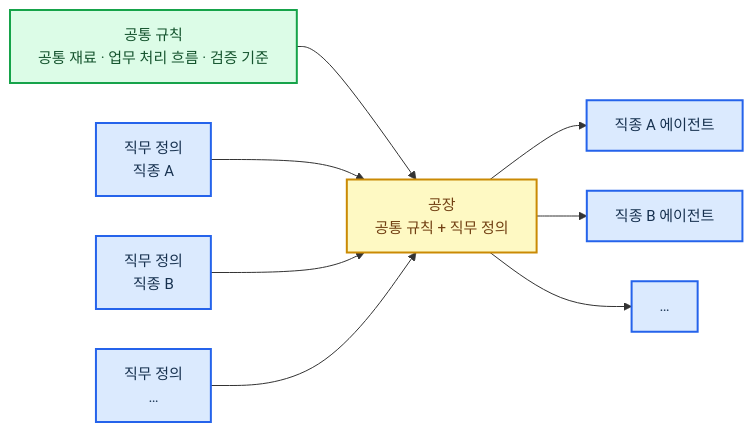
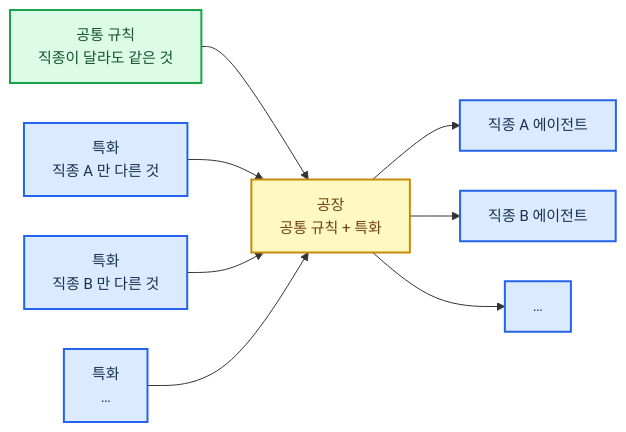
One commit to harisbaguette/expert changed the first of 2 diagrams in 진행-계획.md. Above: the diagram before and after it, drawn with Mermaid. The commit also changed other lines of this file, not shown here.

````diff
--- a/진행-계획.md
+++ b/진행-계획.md
@@ -35,22 +32,22 @@
 ```mermaid
 %%{init: {"flowchart": {"wrappingWidth": 640, "curve": "basis", "nodeSpacing": 40, "rankSpacing": 50, "padding": 14, "useMaxWidth": true}, "themeVariables": {"fontSize": "15px"}} }%%
 flowchart LR
-    R["공통 규칙<br/>공통 재료 · 업무 처리 흐름 · 검증 기준"]:::done
-    J1["직무 정의<br/>직종 A"]:::todo
-    J2["직무 정의<br/>직종 B"]:::todo
-    J3["직무 정의<br/>…"]:::todo
-    F["공장<br/>공통 규칙 + 직무 정의"]:::half
+    R["공통 규칙<br/>직종이 달라도 같은 것"]:::done
+    J1["특화<br/>직종 A 만 다른 것"]:::todo
+    J2["특화<br/>직종 B 만 다른 것"]:::todo
+    J3["특화<br/>…"]:::todo
+    F["공장<br/>공통 규칙 + 특화"]:::half
     E1["직종 A 에이전트"]:::todo
     E2["직종 B 에이전트"]:::todo
     E3["…"]:::todo
     R --> F
     J1 --> F
     J2 --> F
     J3 --> F
     F --> E1
     F --> E2
     F --> E3
     classDef done fill:#dcfce7,stroke:#16a34a,stroke-width:2px,color:#14532d
     classDef half fill:#fef9c3,stroke:#ca8a04,stroke-width:2px,color:#713f12
     classDef todo fill:#dbeafe,stroke:#2563eb,stroke-width:2px,color:#17314f
 ```
````
